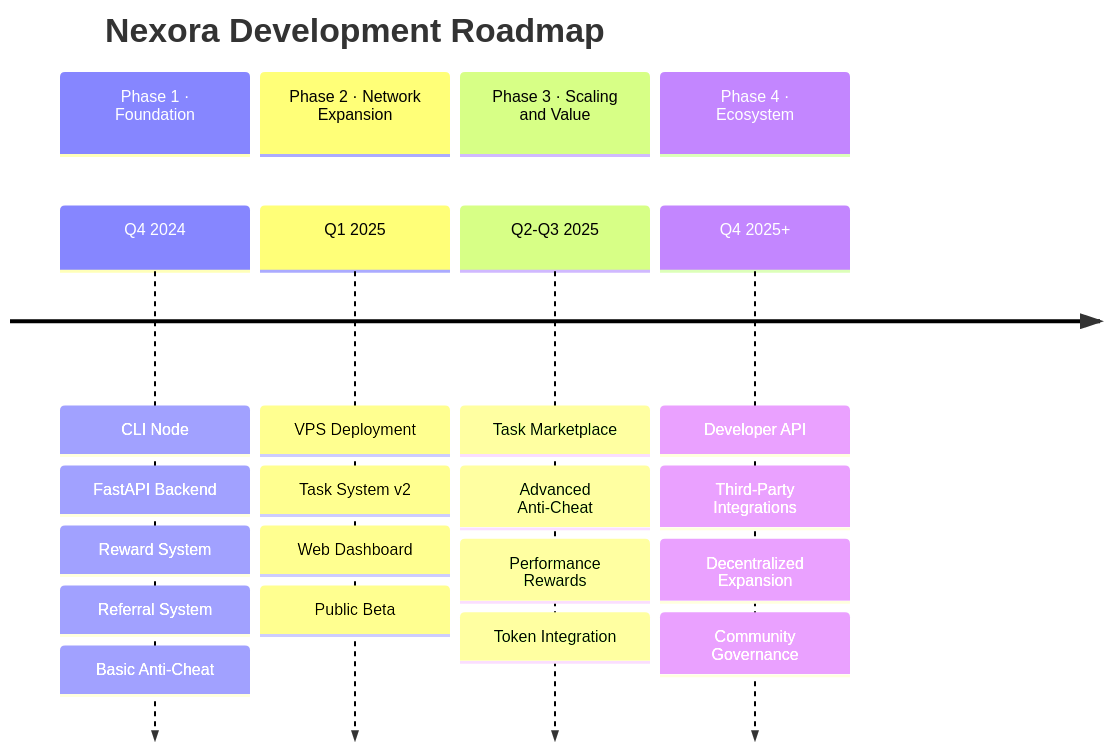
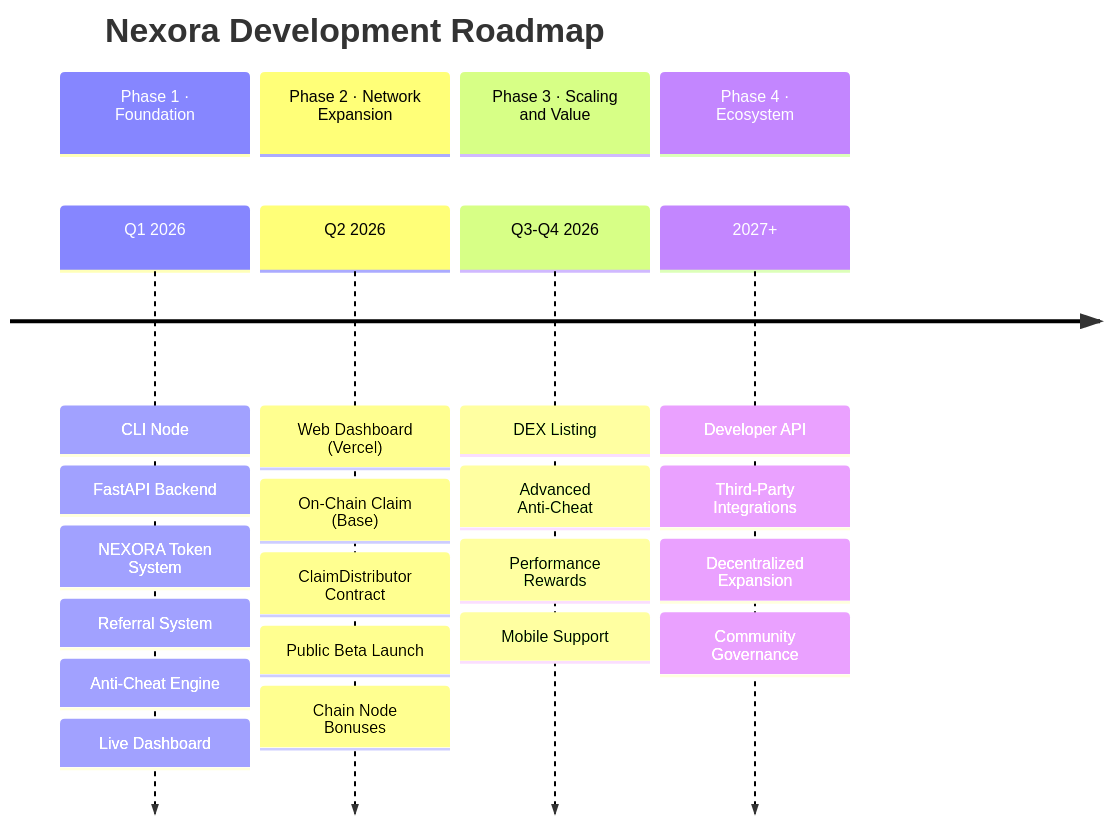
Before and after one commit to Nexora-Node/Docs: the first of 2 diagrams in roadmap.md, drawn with Mermaid. The commit also changed other lines of this file, not shown here.

Commit message:
docs: update roadmap to 2026, reflect current completed milestones

````diff
--- a/roadmap.md
+++ b/roadmap.md
@@ -9,25 +9,27 @@
 ```mermaid
 timeline
     title Nexora Development Roadmap
     section Phase 1 · Foundation
-        Q4 2024 : CLI Node
+        Q1 2026 : CLI Node
                : FastAPI Backend
-               : Reward System
+               : NEXORA Token System
                : Referral System
-               : Basic Anti-Cheat
+               : Anti-Cheat Engine
+               : Live Dashboard
     section Phase 2 · Network Expansion
-        Q1 2025 : VPS Deployment
-               : Task System v2
-               : Web Dashboard
-               : Public Beta
+        Q2 2026 : Web Dashboard (Vercel)
+               : On-Chain Claim (Base)
+               : ClaimDistributor Contract
+               : Public Beta Launch
+               : Chain Node Bonuses
     section Phase 3 · Scaling and Value
-        Q2-Q3 2025 : Task Marketplace
+        Q3-Q4 2026 : DEX Listing
                    : Advanced Anti-Cheat
                    : Performance Rewards
-                   : Token Integration
+                   : Mobile Support
     section Phase 4 · Ecosystem
-        Q4 2025+ : Developer API
-                 : Third-Party Integrations
-                 : Decentralized Expansion
-                 : Community Governance
+        2027+ : Developer API
+              : Third-Party Integrations
+              : Decentralized Expansion
+              : Community Governance
 ```
````
